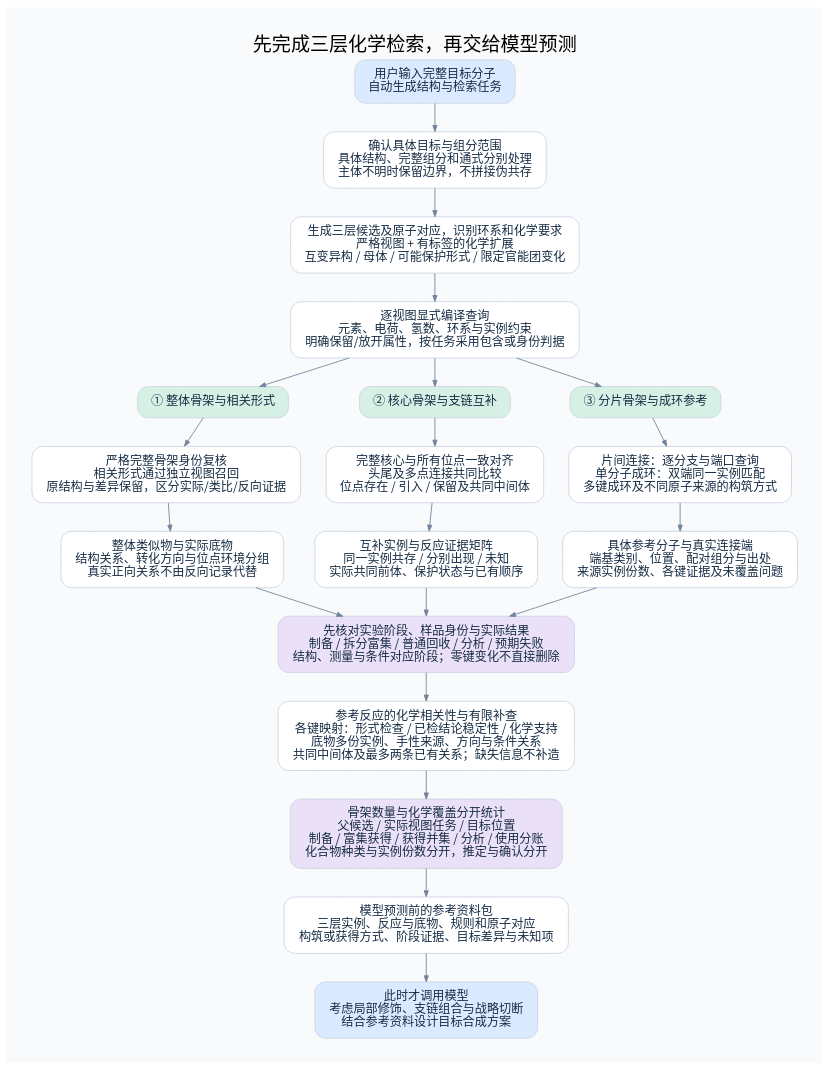
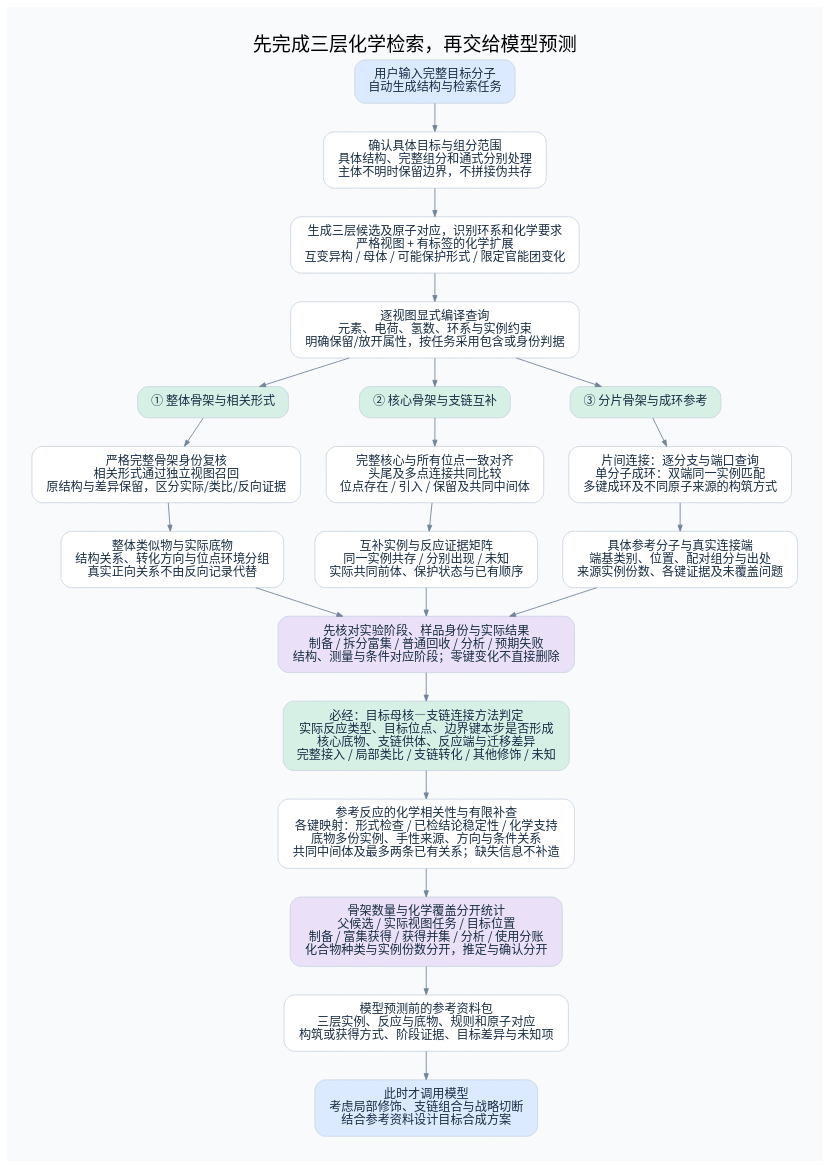
One commit to 825728139/substructure_search changed the diagram in diagrams/scaffold-search.dot. Above: the diagram before and after it, drawn with Graphviz. The commit also changed 19 other files, not shown here.

```diff
--- a/diagrams/scaffold-search.dot
+++ b/diagrams/scaffold-search.dot
@@ -1,64 +1,68 @@
 digraph G {
 
 graph [rankdir=TB, bgcolor="#F8FAFC", pad="0.4", nodesep="0.40", ranksep="0.46", fontname="Noto Sans CJK SC", fontsize=22, labelloc=t];
 node [shape=box, style="rounded,filled", fillcolor="white", color="#CAD5E2", fontcolor="#172D45", fontname="Noto Sans CJK SC", fontsize=14, margin="0.20,0.14"];
 edge [color="#72849B", arrowsize=0.7, fontname="Noto Sans CJK SC", fontsize=11, fontcolor="#526477"];
 
 label="先完成三层化学检索，再交给模型预测";
 a [label="用户输入完整目标分子
 自动生成结构与检索任务", fillcolor="#DBEAFE"];
 b [label="生成三层候选及原子对应，识别环系和化学要求
 严格视图 + 有标签的化学扩展
 互变异构 / 母体 / 可能保护形式 / 限定官能团变化"];
 g [label="① 整体骨架与相关形式", fillcolor="#D6F0E5"];
 c [label="② 核心骨架与支链互补", fillcolor="#D6F0E5"];
 f [label="③ 分片骨架与成环参考", fillcolor="#D6F0E5"];
 g1 [label="严格完整骨架身份复核
 相关形式通过独立视图召回
 原结构与差异保留，区分实际/类比/反向证据"];
 c1 [label="完整核心与所有位点一致对齐
 头尾及多点连接共同比较
 位点存在 / 引入 / 保留及共同中间体"];
 f1 [label="片间连接：逐分支与端口查询
 单分子成环：双端同一实例匹配
 多键成环及不同原子来源的构筑方式"];
 g2 [label="整体类似物与实际底物
 结构关系、转化方向与位点环境分组
 真实正向关系不由反向记录代替"];
 c2 [label="互补实例与反应证据矩阵
 同一实例共存 / 分别出现 / 未知
 实际共同前体、保护状态与已有顺序"];
 f2 [label="具体参考分子与真实连接端
 端基类别、位置、配对组分与出处
 来源实例份数、各键证据及未覆盖问题"];
 roles [label="先核对实验阶段、样品身份与实际结果
 制备 / 拆分富集 / 普通回收 / 分析 / 预期失败
 结构、测量与条件对应阶段；零键变化不直接删除", fillcolor="#EAE0F7"];
 quality [label="参考反应的化学相关性与有限补查
 各键映射：形式检查 / 已检结论稳定性 / 化学支持
 底物多份实例、手性来源、方向与条件关系
 共同中间体及最多两条已有关系；缺失信息不补造"];
 stats [label="骨架数量与化学覆盖分开统计
 父候选 / 实际视图任务 / 目标位置
 制备 / 富集获得 / 获得并集 / 分析 / 使用分账
 化合物种类与实例份数分开，推定与确认分开", fillcolor="#EAE0F7"];
 pack [label="模型预测前的参考资料包
 三层实例、反应与底物、规则和原子对应
 构筑或获得方式、阶段证据、目标差异与未知项"];
 model [label="此时才调用模型
 考虑局部修饰、支链组合与战略切断
 结合参考资料设计目标合成方案", fillcolor="#DBEAFE"];
 input_scope [label="确认具体目标与组分范围
 具体结构、完整组分和通式分别处理
 主体不明时保留边界，不拼接伪共存"];
 a -> input_scope -> b;
 compiled [label="逐视图显式编译查询
 元素、电荷、氢数、环系与实例约束
 明确保留/放开属性，按任务采用包含或身份判据"];
 b -> compiled; compiled -> g; compiled -> c; compiled -> f;
 g -> g1 -> g2;
 c -> c1 -> c2;
 f -> f1 -> f2;
 g2 -> roles; c2 -> roles; f2 -> roles;
-roles -> quality -> stats -> pack -> model;
+attachment [label="必经：目标母核—支链连接方法判定
+实际反应类型、目标位点、边界键本步是否形成
+核心底物、支链供体、反应端与迁移差异
+完整接入 / 局部类比 / 支链转化 / 其他修饰 / 未知", fillcolor="#D6F0E5"];
+roles -> attachment -> quality -> stats -> pack -> model;
 }
```
